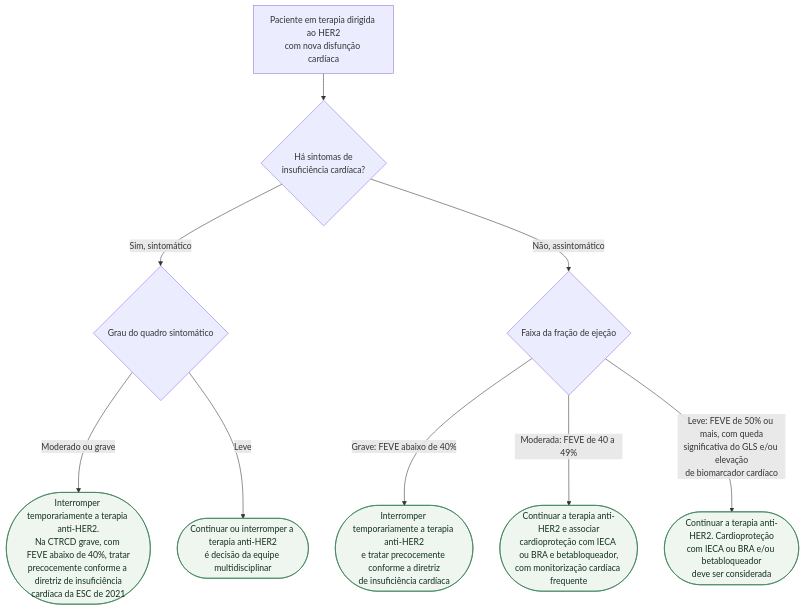
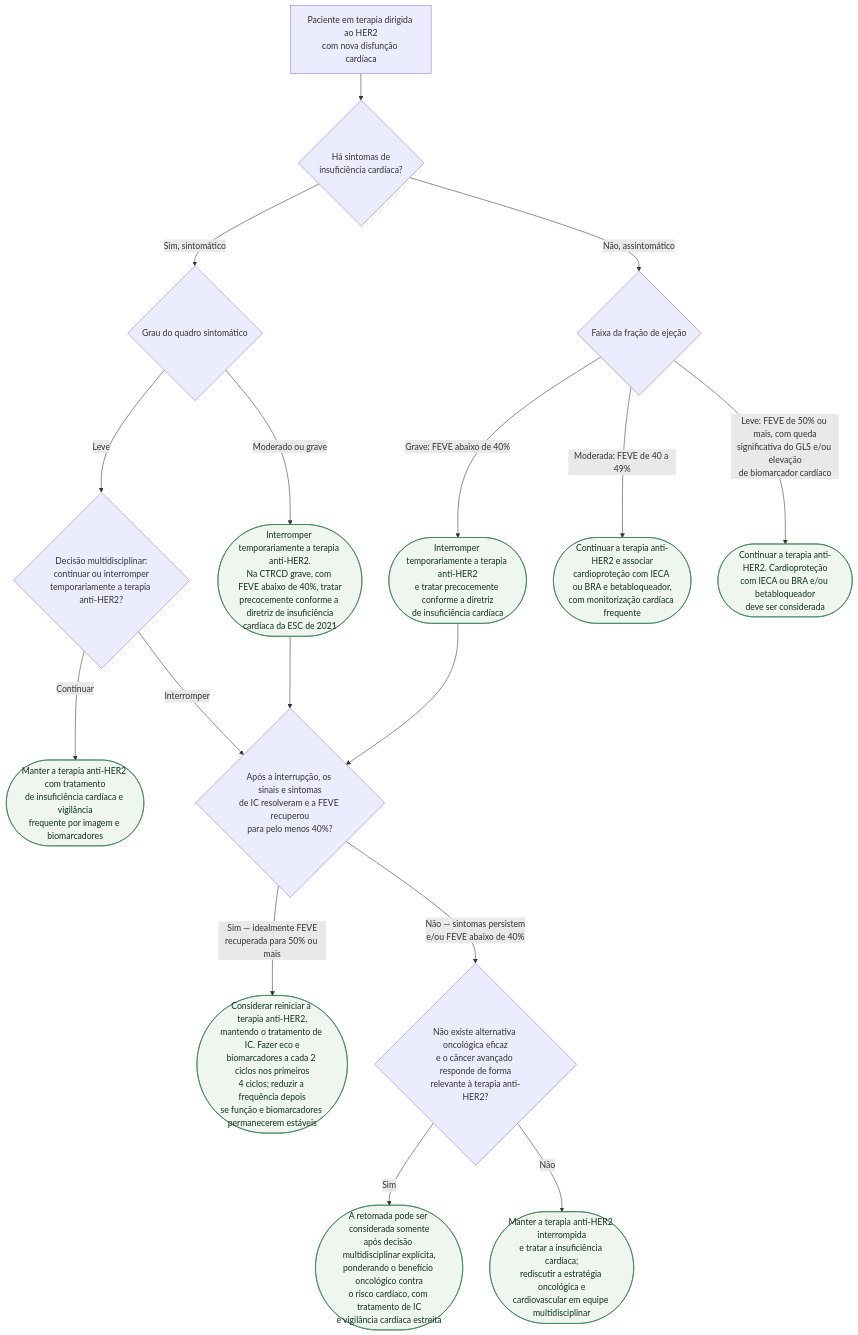
Before and after one commit to rafaelpaesmeirelles/MeuCardio: the second of 2 diagrams in content/Cardio-oncologia/fluxograma-disfuncao-cardiaca-por-antraciclina-e-anti-her2-esc-2022.md, drawn with Mermaid. The commit also changed other lines of this file and 30 other files, not shown here.

````diff
--- a/content/Cardio-oncologia/fluxograma-disfuncao-cardiaca-por-antraciclina-e-anti-her2-esc-2022.md
+++ b/content/Cardio-oncologia/fluxograma-disfuncao-cardiaca-por-antraciclina-e-anti-her2-esc-2022.md
@@ -88,21 +89,33 @@
 ```mermaid
 flowchart TD
   R1["Paciente em terapia dirigida ao HER2<br/>com nova disfunção cardíaca"] --> D5{"Há sintomas de<br/>insuficiência cardíaca?"}
 
   D5 -->|"Sim, sintomático"| D6{"Grau do quadro sintomático"}
 
   D6 -->|"Moderado ou grave"| C9(["Interromper temporariamente a terapia anti-HER2.<br/>Na CTRCD grave, com FEVE abaixo de 40%, tratar<br/>precocemente conforme a diretriz de insuficiência<br/>cardíaca da ESC de 2021"])
 
-  D6 -->|"Leve"| C10(["Continuar ou interromper a terapia anti-HER2<br/>é decisão da equipe multidisciplinar"])
+  D6 -->|"Leve"| D10{"Decisão multidisciplinar:<br/>continuar ou interromper<br/>temporariamente a terapia anti-HER2?"}
+  D10 -->|"Continuar"| C10a(["Manter a terapia anti-HER2 com tratamento<br/>de insuficiência cardíaca e vigilância<br/>frequente por imagem e biomarcadores"])
+  D10 -->|"Interromper"| D8
 
   D5 -->|"Não, assintomático"| D7{"Faixa da fração de ejeção"}
 
   D7 -->|"Grave: FEVE abaixo de 40%"| C11(["Interromper temporariamente a terapia anti-HER2<br/>e tratar precocemente conforme a diretriz<br/>de insuficiência cardíaca"])
 
   D7 -->|"Moderada: FEVE de 40 a 49%"| C12(["Continuar a terapia anti-HER2 e associar<br/>cardioproteção com IECA ou BRA e betabloqueador,<br/>com monitorização cardíaca frequente"])
 
   D7 -->|"Leve: FEVE de 50% ou mais, com queda<br/>significativa do GLS e/ou elevação<br/>de biomarcador cardíaco"| C13(["Continuar a terapia anti-HER2. Cardioproteção<br/>com IECA ou BRA e/ou betabloqueador<br/>deve ser considerada"])
 
+  C9 --> D8{"Após a interrupção, os sinais e sintomas<br/>de IC resolveram e a FEVE recuperou<br/>para pelo menos 40%?"}
+  C11 --> D8
+
+  D8 -->|"Sim — idealmente FEVE<br/>recuperada para 50% ou mais"| C14(["Considerar reiniciar a terapia anti-HER2,<br/>mantendo o tratamento de IC. Fazer eco e<br/>biomarcadores a cada 2 ciclos nos primeiros<br/>4 ciclos; reduzir a frequência depois<br/>se função e biomarcadores permanecerem estáveis"])
+
+  D8 -->|"Não — sintomas persistem<br/>e/ou FEVE abaixo de 40%"| D9{"Não existe alternativa oncológica eficaz<br/>e o câncer avançado responde de forma<br/>relevante à terapia anti-HER2?"}
+
+  D9 -->|"Sim"| C15(["A retomada pode ser considerada somente<br/>após decisão multidisciplinar explícita,<br/>ponderando o benefício oncológico contra<br/>o risco cardíaco, com tratamento de IC<br/>e vigilância cardíaca estreita"])
+  D9 -->|"Não"| C16(["Manter a terapia anti-HER2 interrompida<br/>e tratar a insuficiência cardíaca;<br/>rediscutir a estratégia oncológica e<br/>cardiovascular em equipe multidisciplinar"])
+
   classDef conduta fill:#eef6ef,stroke:#2f7a4f,color:#12301f;
-  class C9,C10,C11,C12,C13 conduta;
+  class C9,C10a,C11,C12,C13,C14,C15,C16 conduta;
 ```
````
